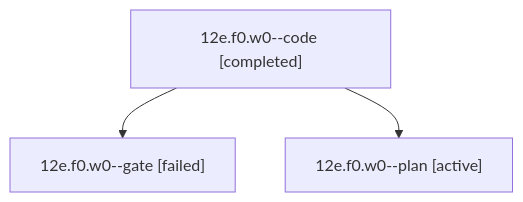
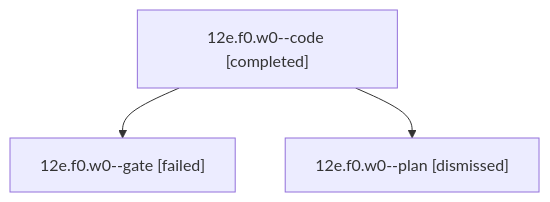
One commit to bobs-org/bob-cli--agents changed the diagram in sessions/bbugyi200.athena.12e.f0.w0.md. Above: the diagram before and after it, drawn with Mermaid. The commit also changed other lines of this file and 28 other files, not shown here.

````diff
--- a/sessions/bbugyi200.athena.12e.f0.w0.md
+++ b/sessions/bbugyi200.athena.12e.f0.w0.md
@@ -9,8 +9,8 @@
 ```mermaid
 flowchart TD
   n0["12e.f0.w0--code [completed]"]
   n1["12e.f0.w0--gate [failed]"]
   n0 --> n1
-  n2["12e.f0.w0--plan [active]"]
+  n2["12e.f0.w0--plan [dismissed]"]
   n0 --> n2
 ```
````
